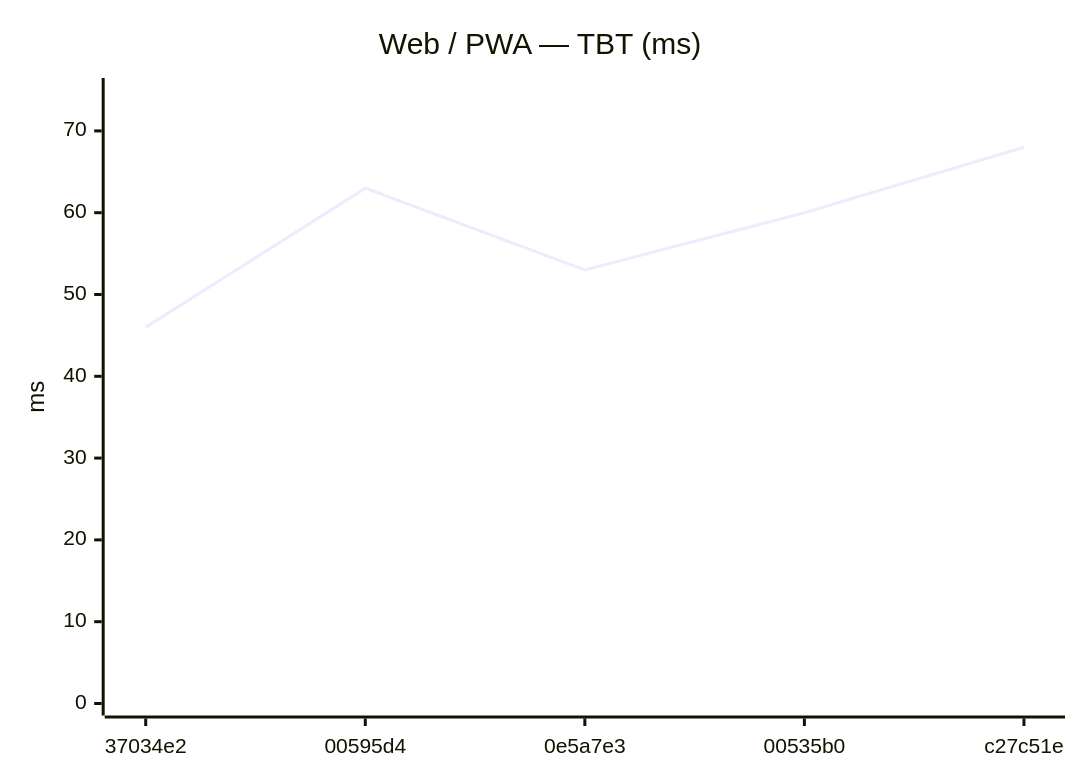
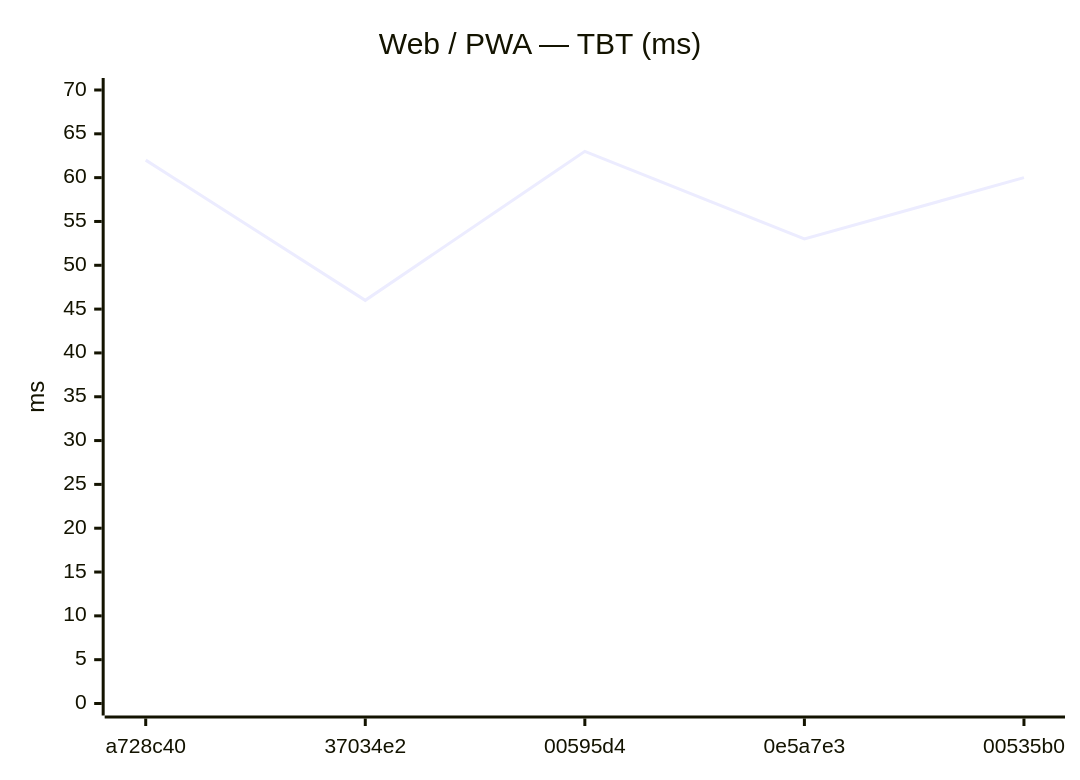
One commit to Metaheurist/Rianell changed the tenth of 24 diagrams in benchmarks/compare.md. Above: the diagram before and after it, drawn with Mermaid. The commit also changed other lines of this file and 12 other files, not shown here.

````diff
--- a/benchmarks/compare.md
+++ b/benchmarks/compare.md
@@ -143,7 +147,7 @@
 ```mermaid
 xychart-beta
     title "Web / PWA — TBT (ms)"
-    x-axis ["37034e2", "00595d4", "0e5a7e3", "00535b0", "c27c51e"]
-    y-axis "ms" 0 --> 75
-    line [46, 63, 53, 60, 68]
+    x-axis ["a728c40", "37034e2", "00595d4", "0e5a7e3", "00535b0"]
+    y-axis "ms" 0 --> 70
+    line [62, 46, 63, 53, 60]
 ```
````
